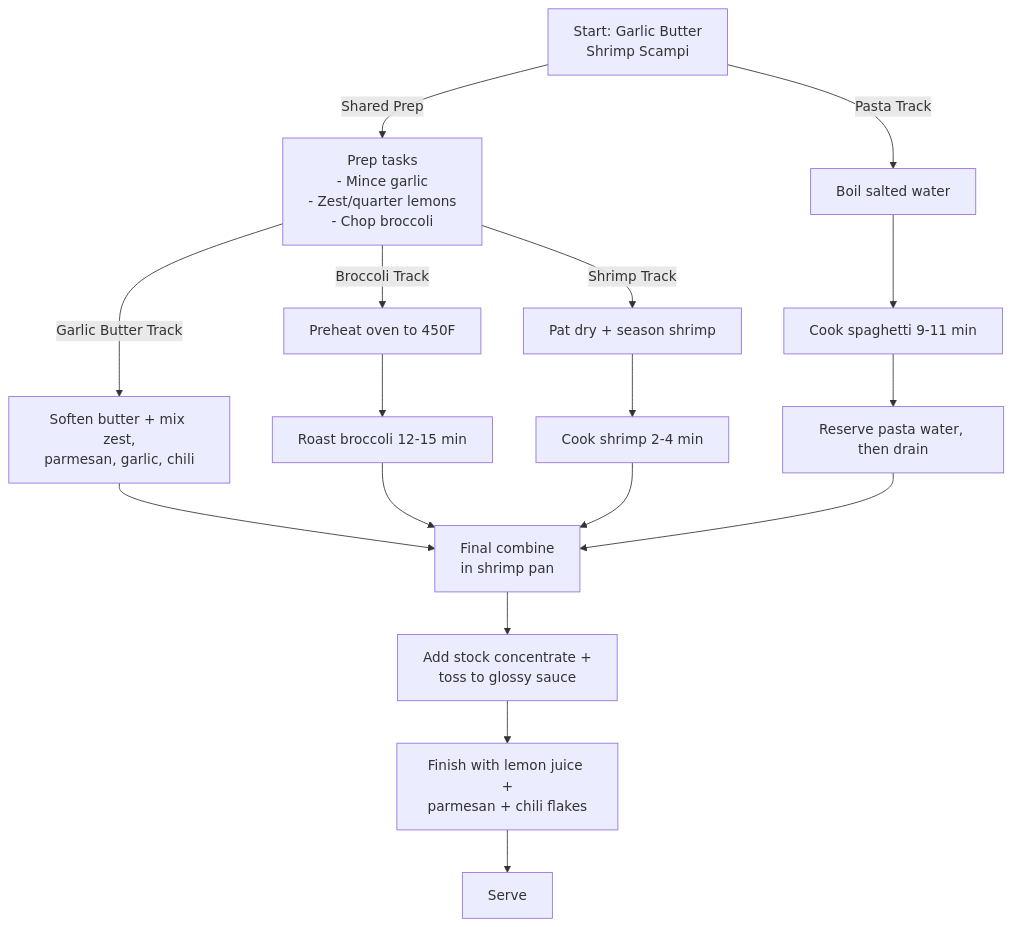
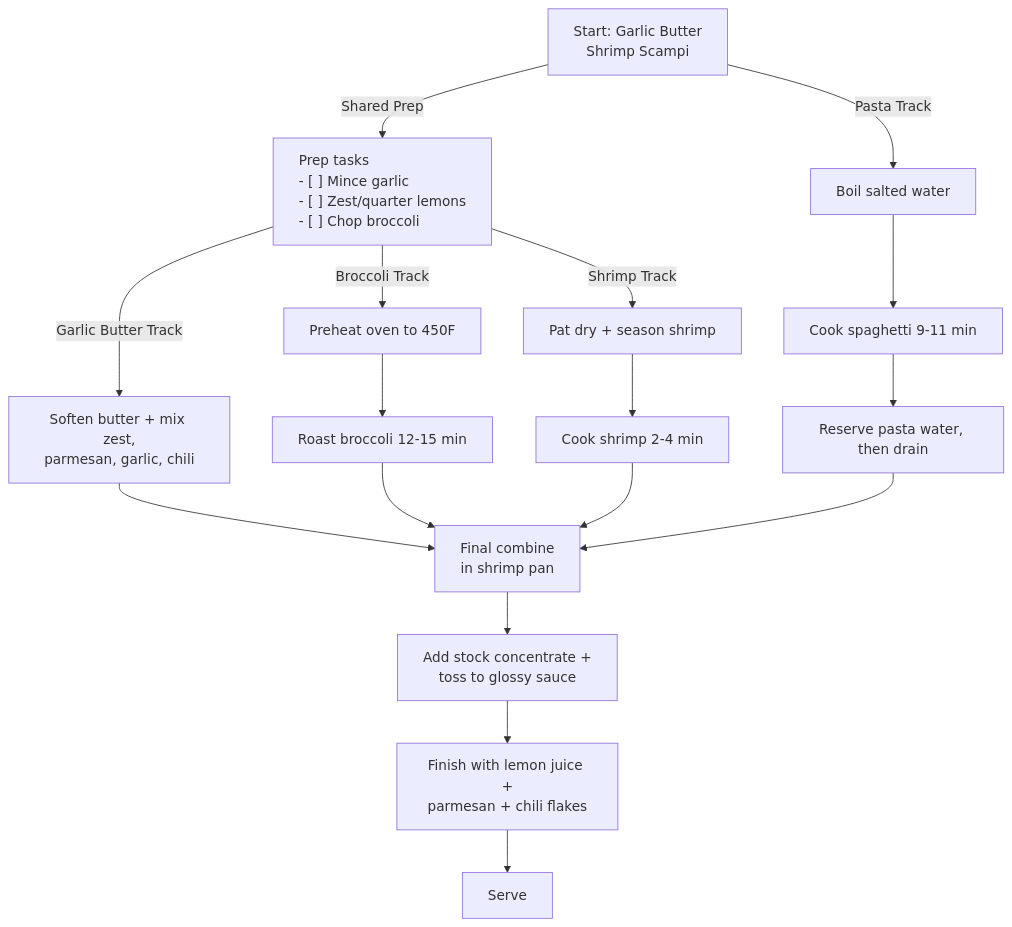
Before and after one commit to michaeldallen/mdabone: the diagram in recipes/scampi/flowchart.md, drawn with Mermaid. The commit also changed other lines of this file, not shown here.

Commit message:
docs: update flowchart for Scampi recipe to improve task visibility

````diff
--- a/recipes/scampi/flowchart.md
+++ b/recipes/scampi/flowchart.md
@@ -3,25 +3,25 @@
 ```mermaid
 flowchart TD
-    A[Start: Garlic Butter\nShrimp Scampi] -- "Shared Prep" --> B[Prep tasks\n- Mince garlic\n- Zest/quarter lemons\n- Chop broccoli]
+    A[Start: Garlic Butter\nShrimp Scampi] -- "Shared Prep" --> B["<div align='left'>Prep tasks<br/>- [ ] Mince garlic<br/>- [ ] Zest/quarter lemons<br/>- [ ] Chop broccoli</div>"]
 
     B -- "Broccoli Track" --> C[Preheat oven to 450F]
     C --> D[Roast broccoli 12-15 min]
 
     B -- "Garlic Butter Track" --> E[Soften butter + mix zest,\nparmesan, garlic, chili]
 
     B -- "Shrimp Track" --> F[Pat dry + season shrimp]
     F --> G[Cook shrimp 2-4 min]
 
     A -- "Pasta Track" --> H[Boil salted water]
     H --> I[Cook spaghetti 9-11 min]
     I --> J[Reserve pasta water, then drain]
 
     E --> K[Final combine\nin shrimp pan]
     D --> K
     G --> K
     J --> K
 
     K --> L[Add stock concentrate +\ntoss to glossy sauce]
     L --> M[Finish with lemon juice +\nparmesan + chili flakes]
     M --> N[Serve]
 ```
````
